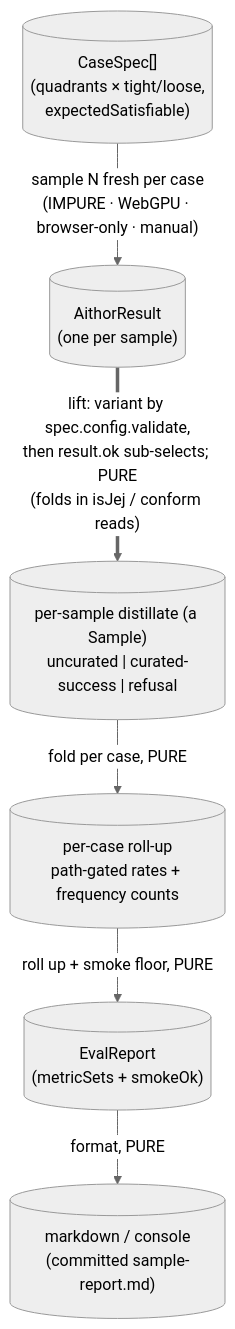
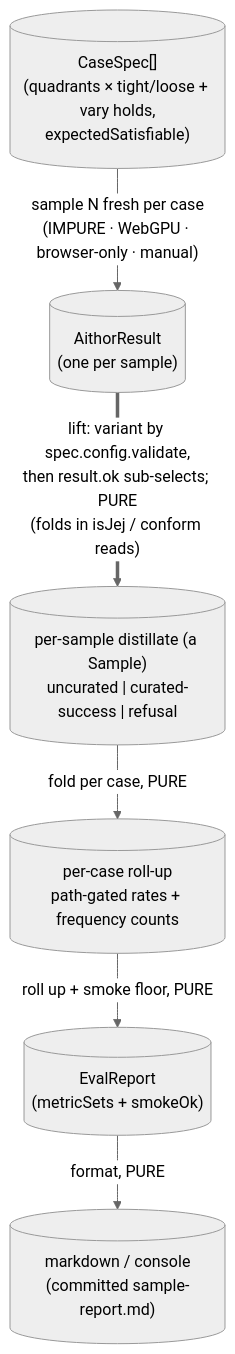
One commit to codeschoolinabox/curricula changed the diagram in src/lib/embody/language-levels/just-enough-javascript/aithor/evals/DOCS.md. Above: the diagram before and after it, drawn with Mermaid (neutral theme). The commit also changed 1 other file, not shown here.

Commit message:
docs: evals sample protocol names the vary dimension the corpus carries

````diff
--- a/src/lib/embody/language-levels/just-enough-javascript/aithor/evals/DOCS.md
+++ b/src/lib/embody/language-levels/just-enough-javascript/aithor/evals/DOCS.md
@@ -51,9 +51,9 @@
 ```mermaid
 flowchart TD
-    cases[("CaseSpec[]<br/>(quadrants × tight/loose,<br/>expectedSatisfiable)")]
+    cases[("CaseSpec[]<br/>(quadrants × tight/loose + vary holds,<br/>expectedSatisfiable)")]
     cases -->|"sample N fresh per case<br/>(IMPURE · WebGPU · browser-only · manual)"| result[("AithorResult<br/>(one per sample)")]
     result ==>|"lift: variant by spec.config.validate,<br/>then result.ok sub-selects; PURE<br/>(folds in isJej / conform reads)"| outcome[("per-sample distillate (a Sample)<br/>uncurated | curated-success | refusal")]
     outcome -->|"fold per case, PURE"| metricSet[("per-case roll-up<br/>path-gated rates + frequency counts")]
     metricSet -->|"roll up + smoke floor, PURE"| report[("EvalReport<br/>(metricSets + smokeOk)")]
     report -->|"format, PURE"| md[("markdown / console<br/>(committed sample-report.md)")]
 ```
````
